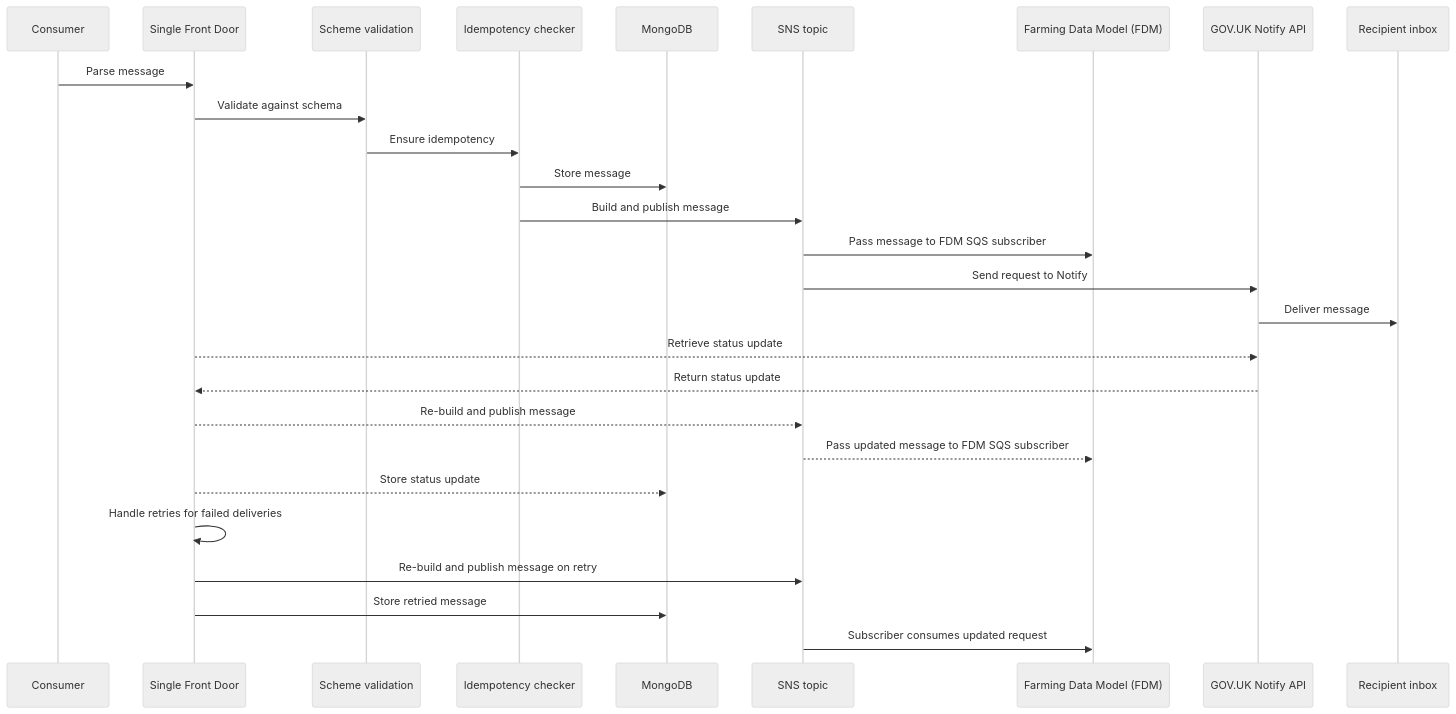
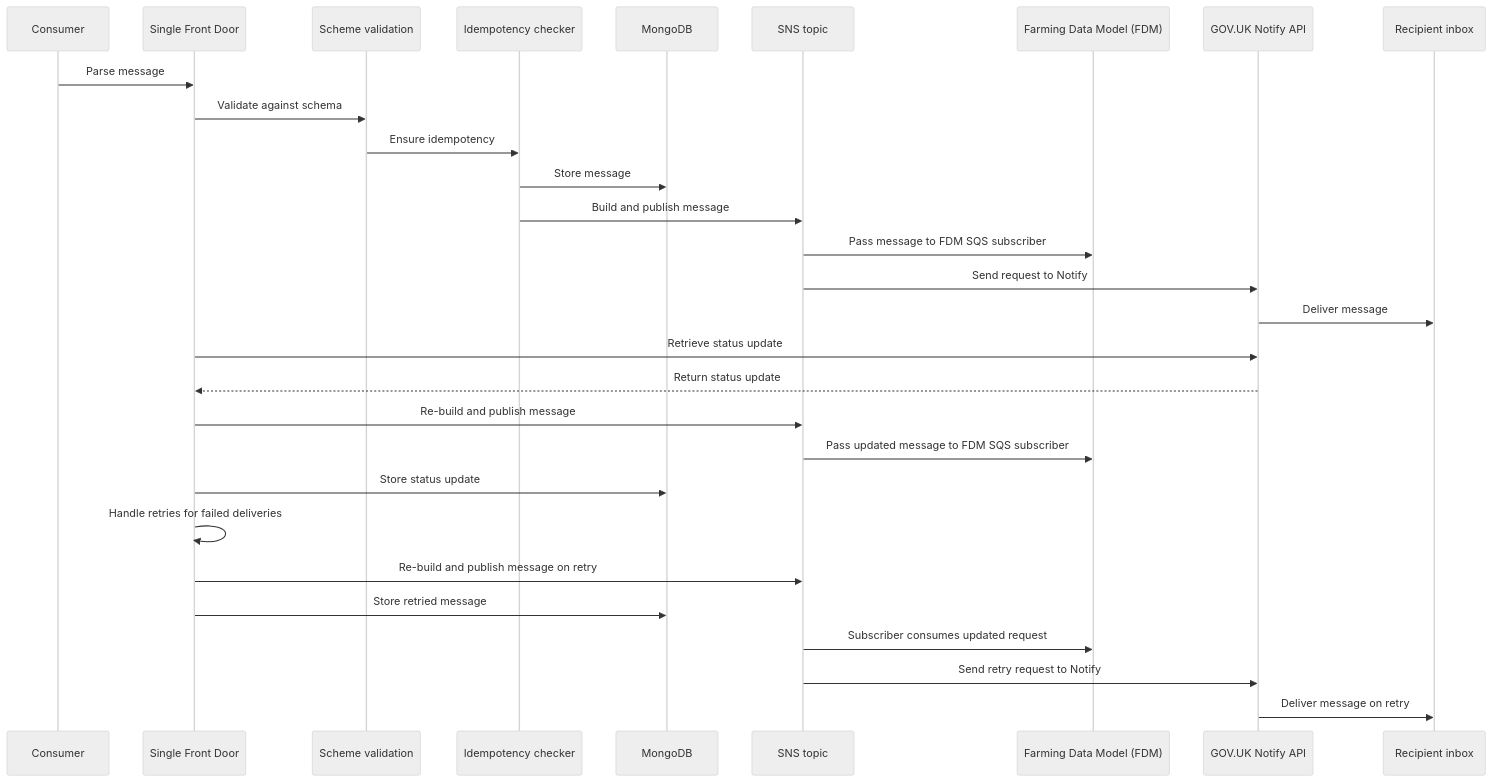
Before and after one commit to DEFRA/fcp-sfd-comms: the third of 3 diagrams in README.md, drawn with Mermaid (neutral theme). The commit also changed other lines of this file, not shown here.

Commit message:
add sequence diagram + update phase 1 graph

````diff
--- a/README.md
+++ b/README.md
@@ -115,32 +131,34 @@
 ```mermaid
 sequenceDiagram
     participant CONSUMER as Consumer
     participant SFD as Single Front Door
     participant VALIDATOR as Scheme validation
     participant IDEMPOTENCY_CHECKER as Idempotency checker
     participant MONGO as MongoDB
     participant SNS as SNS topic
     participant FDM as Farming Data Model (FDM)
     participant NOTIFY as GOV.UK Notify API
     participant RECIPIENT as Recipient inbox
 
     CONSUMER->>SFD: Parse message
     SFD->>VALIDATOR: Validate against schema
     VALIDATOR->>IDEMPOTENCY_CHECKER: Ensure idempotency
     IDEMPOTENCY_CHECKER->>MONGO: Store message
     IDEMPOTENCY_CHECKER->>SNS: Build and publish message
     SNS->>FDM: Pass message to FDM SQS subscriber
     SNS->>NOTIFY: Send request to Notify
     NOTIFY->>RECIPIENT: Deliver message
 
-    SFD-->>NOTIFY: Retrieve status update
+    SFD->>NOTIFY: Retrieve status update
     NOTIFY-->>SFD: Return status update
-    SFD-->>SNS: Re-build and publish message
-    SNS-->>FDM: Pass updated message to FDM SQS subscriber
-    SFD-->>MONGO: Store status update
+    SFD->>SNS: Re-build and publish message
+    SNS->>FDM: Pass updated message to FDM SQS subscriber
+    SFD->>MONGO: Store status update
 
     SFD->>SFD: Handle retries for failed deliveries
     SFD->>SNS: Re-build and publish message on retry
     SFD->>MONGO: Store retried message
     SNS->>FDM: Subscriber consumes updated request
+    SNS->>NOTIFY: Send retry request to Notify
+    NOTIFY->>RECIPIENT: Deliver message on retry
 ```
````
